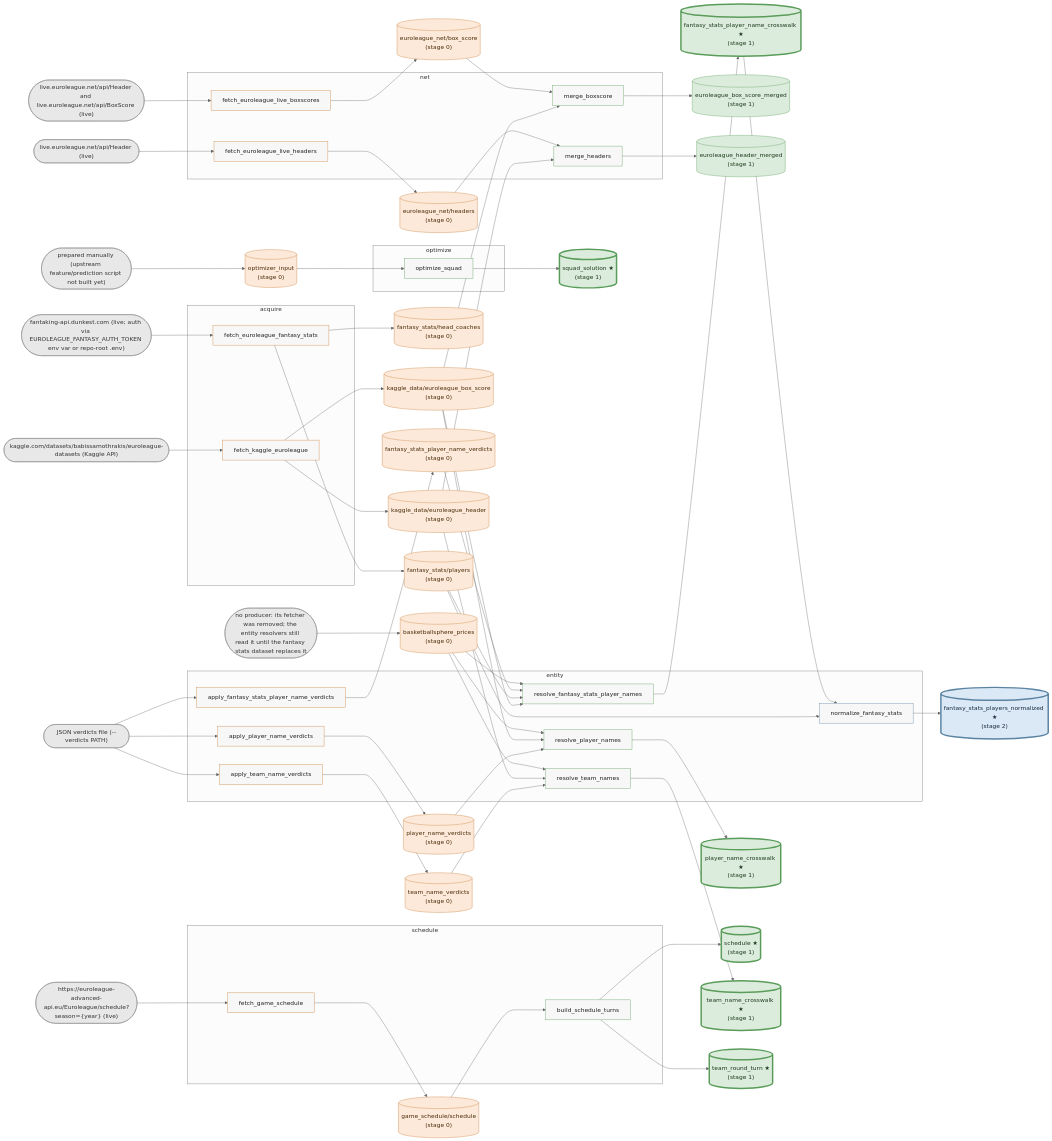
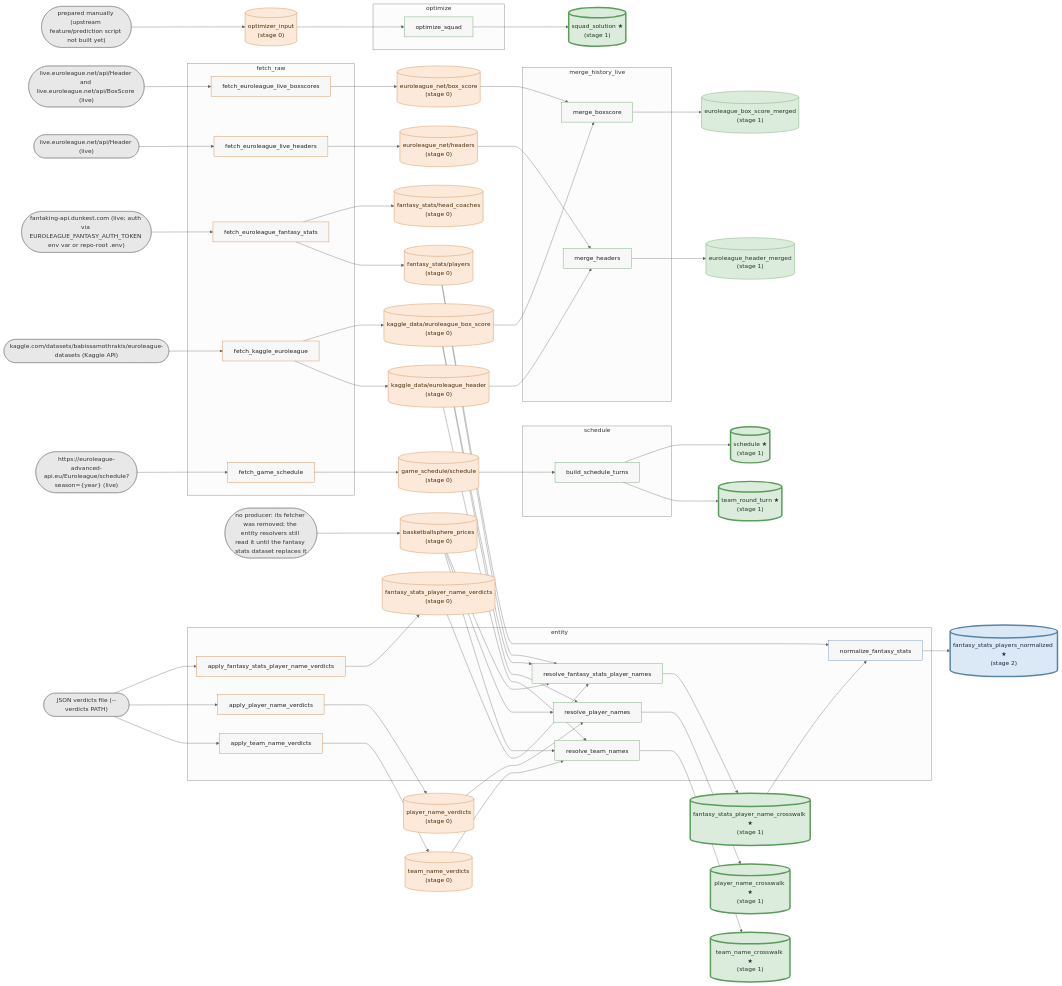
One commit to Takfes/indie-euroleague changed the diagram in docs/data-graph.md. Above: the diagram before and after it, drawn with Mermaid (neutral theme). The commit also changed 7 other files, not shown here.

First line of the commit message:
refactor(pipelines): split raw fetching and the history/live merge into own pipelines

```diff
--- a/docs/data-graph.md
+++ b/docs/data-graph.md
@@ -13,14 +13,10 @@
     x_kaggle_com_datasets_babissamothrakis_euroleague_datasets__Kaggle_API_(["kaggle.com/datasets/babissamothrakis/euroleague-datasets (Kaggle API)"])
     x_live_euroleague_net_api_Header__live_(["live.euroleague.net/api/Header (live)"])
     x_live_euroleague_net_api_Header_and_live_euroleague_net_api_BoxScore__live_(["live.euroleague.net/api/Header and live.euroleague.net/api/BoxScore (live)"])
+    x_prepared_manually__upstream_feature_prediction_script_not_built_yet_(["prepared manually (upstream feature/prediction script not built yet)"])
     x_no_producer__its_fetcher_was_removed__the_entity_resolvers_still_read_it_until_the_fantasy_stats_dataset_replaces_it(["no producer: its fetcher was removed; the entity resolvers still read it until the fantasy stats dataset replaces it"])
-    x_prepared_manually__upstream_feature_prediction_script_not_built_yet_(["prepared manually (upstream feature/prediction script not built yet)"])
 
     %% scripts
-    subgraph p_acquire["acquire"]
-        s_fetch_euroleague_fantasy_stats["fetch_euroleague_fantasy_stats"]
-        s_fetch_kaggle_euroleague["fetch_kaggle_euroleague"]
-    end
     subgraph p_entity["entity"]
         s_apply_fantasy_stats_player_name_verdicts["apply_fantasy_stats_player_name_verdicts"]
         s_apply_player_name_verdicts["apply_player_name_verdicts"]
@@ -30,9 +26,14 @@
         s_resolve_player_names["resolve_player_names"]
         s_resolve_team_names["resolve_team_names"]
     end
-    subgraph p_net["net"]
+    subgraph p_fetch_raw["fetch_raw"]
+        s_fetch_euroleague_fantasy_stats["fetch_euroleague_fantasy_stats"]
         s_fetch_euroleague_live_boxscores["fetch_euroleague_live_boxscores"]
         s_fetch_euroleague_live_headers["fetch_euroleague_live_headers"]
+        s_fetch_game_schedule["fetch_game_schedule"]
+        s_fetch_kaggle_euroleague["fetch_kaggle_euroleague"]
+    end
+    subgraph p_merge_history_live["merge_history_live"]
         s_merge_boxscore["merge_boxscore"]
         s_merge_headers["merge_headers"]
     end
@@ -41,7 +42,6 @@
     end
     subgraph p_schedule["schedule"]
         s_build_schedule_turns["build_schedule_turns"]
-        s_fetch_game_schedule["fetch_game_schedule"]
     end
 
     %% datasets
@@ -113,8 +113,8 @@
     x_kaggle_com_datasets_babissamothrakis_euroleague_datasets__Kaggle_API_ --> s_fetch_kaggle_euroleague
     x_live_euroleague_net_api_Header__live_ --> s_fetch_euroleague_live_headers
     x_live_euroleague_net_api_Header_and_live_euroleague_net_api_BoxScore__live_ --> s_fetch_euroleague_live_boxscores
+    x_prepared_manually__upstream_feature_prediction_script_not_built_yet_ --> d_optimizer_input
     x_no_producer__its_fetcher_was_removed__the_entity_resolvers_still_read_it_until_the_fantasy_stats_dataset_replaces_it --> d_basketballsphere_prices
-    x_prepared_manually__upstream_feature_prediction_script_not_built_yet_ --> d_optimizer_input
 
     %% colors by stage
     classDef script_stage0 fill:#f7f7f7,stroke:#c97f3a,color:#222222
```
